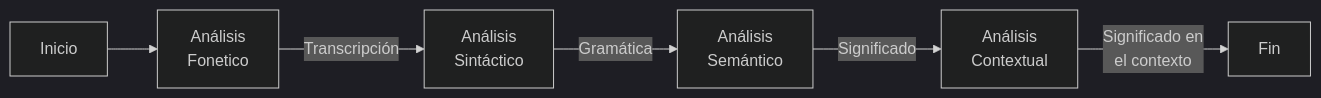
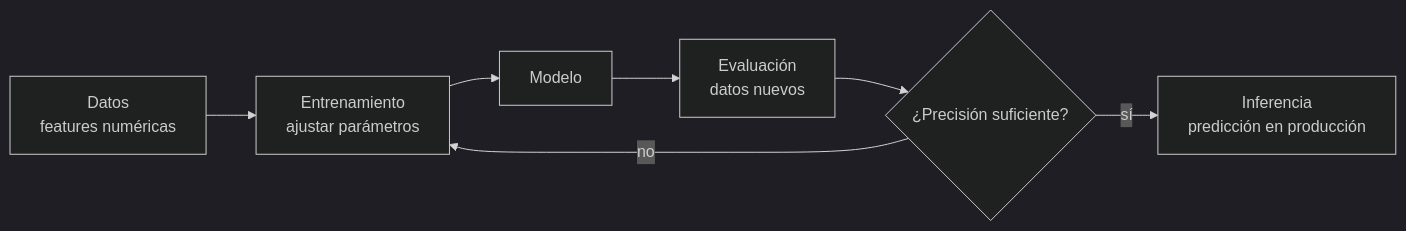
Before and after one commit to martinezpenya/ModelosIA: the fourth of 5 diagrams in docs/UD01/UD01_ES.md, drawn with Mermaid (dark theme). The commit also changed other lines of this file and 30 other files, not shown here.

````diff
--- a/docs/UD01/UD01_ES.md
+++ b/docs/UD01/UD01_ES.md
@@ -929,8 +216,9 @@
 ```mermaid
-  graph LR
-	  Z[Inicio] --> A
-    A[Análisis</br>Fonetico] -- Transcripción --> B[Análisis</br>Sintáctico]
-    B -- Gramática --> C[Análisis</br>Semántico]
-    C -- Significado --> D[Análisis</br>Contextual]
-    D -- Significado en</br>el contexto --> Fin
+flowchart LR
+    A[Datos<br/>features numéricas] --> B[Entrenamiento<br/>ajustar parámetros]
+    B --> C[Modelo]
+    C --> D[Evaluación<br/>datos nuevos]
+    D --> E{¿Precisión suficiente?}
+    E -- no --> B
+    E -- sí --> F[Inferencia<br/>predicción en producción]
 ```
````
